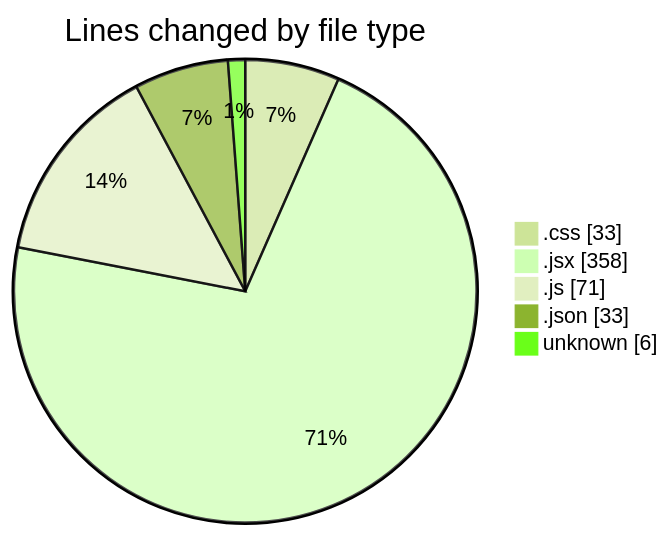
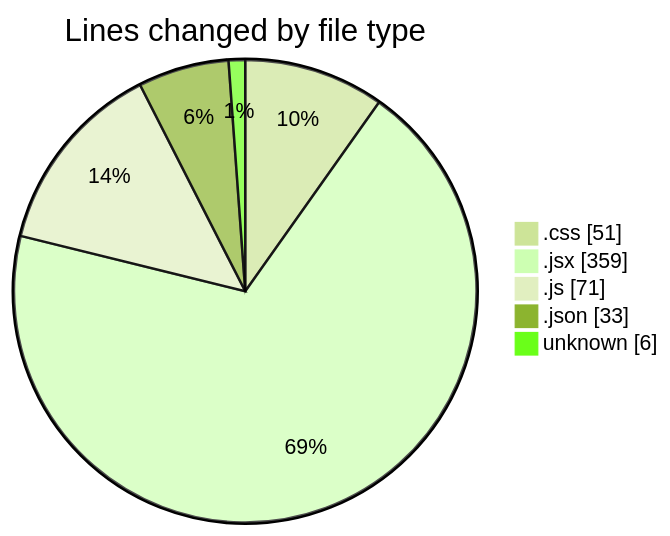
The first of 2 diagrams in 2025-02-14/elitegpt/README.md (Elitesun/code-tracking), drawn with Mermaid (forest theme) before and after one commit. The commit also changed other lines of this file and 1 other file, not shown here.

````diff
--- a/2025-02-14/elitegpt/README.md
+++ b/2025-02-14/elitegpt/README.md
@@ -32,9 +32,9 @@
 ```mermaid
 pie showData
 title Lines changed by file type
-".css" : 33
-".jsx" : 358
+".css" : 51
+".jsx" : 359
 ".js" : 71
 ".json" : 33
 "unknown" : 6
 ```
````
